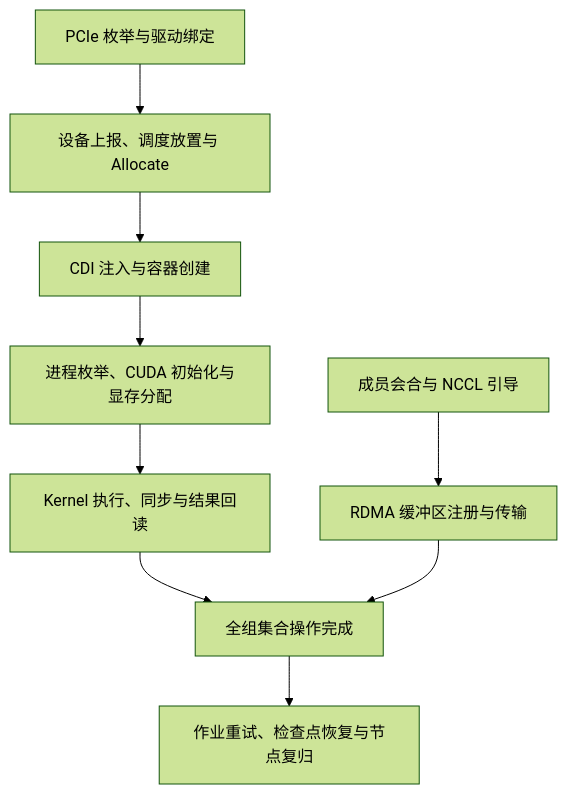
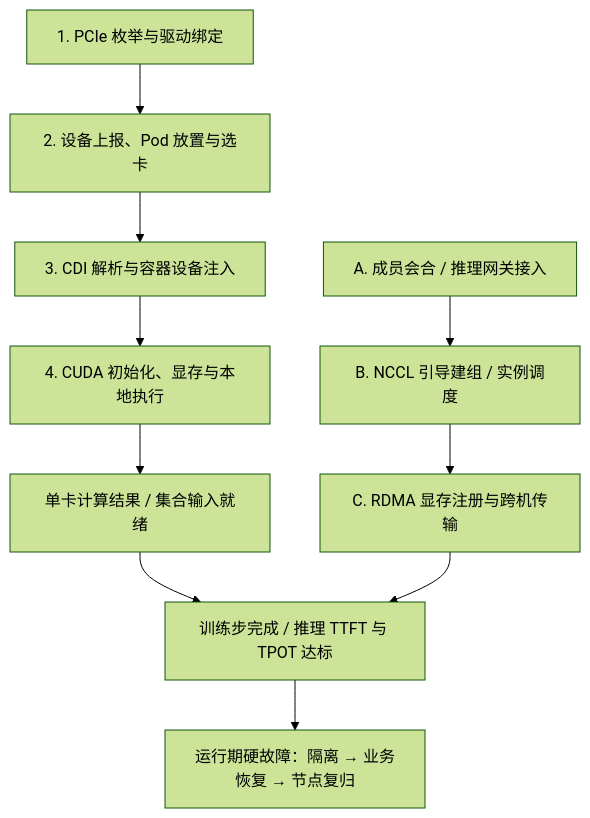
The first of 2 diagrams in AI-Infra/18_从故障现象追到具体层次/01_故障定位的证据规则与排查顺序.md (realtyz/ops-manual), drawn with Mermaid (forest theme) before and after one commit. The commit also changed other lines of this file and 194 other files, not shown here.

````diff
--- a/AI-Infra/18_从故障现象追到具体层次/01_故障定位的证据规则与排查顺序.md
+++ b/AI-Infra/18_从故障现象追到具体层次/01_故障定位的证据规则与排查顺序.md
@@ -8,11 +15,15 @@
 ```mermaid
 flowchart TB
-    L1["PCIe 枚举与驱动绑定"] --> L2["设备上报、调度放置与 Allocate"]
-    L2 --> L3["CDI 注入与容器创建"]
-    L3 --> L4["进程枚举、CUDA 初始化与显存分配"]
-    L4 --> L5["Kernel 执行、同步与结果回读"]
-    N1["成员会合与 NCCL 引导"] --> N2["RDMA 缓冲区注册与传输"]
-    L5 --> C["全组集合操作完成"]
-    N2 --> C
-    C --> O["作业重试、检查点恢复与节点复归"]
+    accDescr: 左侧为单卡交付与计算支路，从 PCIe 枚举经 K8s 分配、CDI 注入和 CUDA 执行走到本地工作就绪；右侧为多机与服务支路，涵盖训练的会合建组与 RDMA 载荷，以及推理的路由调度与 KV 传输；两条支路汇合后交付有效训练步或达标推理响应，故障时分流至隔离恢复与节点复归。
+    P["1. PCIe 枚举与驱动绑定"] --> D["2. 设备上报、Pod 放置与选卡"]
+    D --> C["3. CDI 解析与容器设备注入"]
+    C --> X["4. CUDA 初始化、显存与本地执行"]
+    X --> R["单卡计算结果 / 集合输入就绪"]
+
+    M["A. 成员会合 / 推理网关接入"] --> B["B. NCCL 引导建组 / 实例调度"]
+    B --> N["C. RDMA 显存注册与跨机传输"]
+
+    R --> G["训练步完成 / 推理 TTFT 与 TPOT 达标"]
+    N --> G
+    G --> H["运行期硬故障：隔离 → 业务恢复 → 节点复归"]
 ```
````
